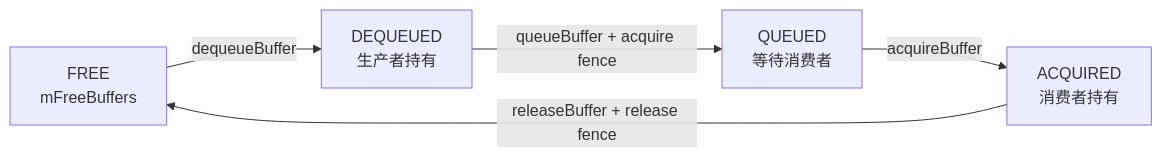
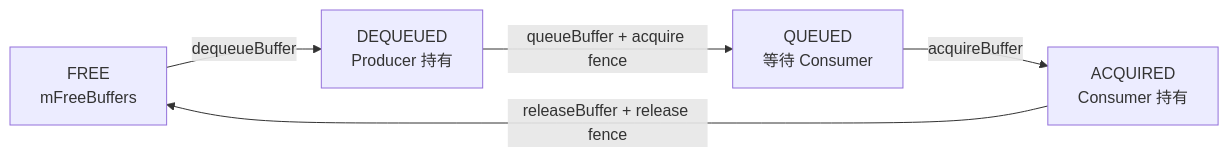
Before and after one commit to Gracker/android-internals-wiki: the second of 2 diagrams in src/part1-fundamentals/ch02-rendering/32-graphic-buffer-memory-pool.md, drawn with Mermaid. The commit also changed other lines of this file and 2 other files, not shown here.

````diff
--- a/src/part1-fundamentals/ch02-rendering/32-graphic-buffer-memory-pool.md
+++ b/src/part1-fundamentals/ch02-rendering/32-graphic-buffer-memory-pool.md
@@ -269,7 +269,7 @@
 ```mermaid
 flowchart LR
-    F["FREE<br/>mFreeBuffers"] -->|"dequeueBuffer"| D["DEQUEUED<br/>生产者持有"]
-    D -->|"queueBuffer + acquire fence"| Q["QUEUED<br/>等待消费者"]
-    Q -->|"acquireBuffer"| A["ACQUIRED<br/>消费者持有"]
+    F["FREE<br/>mFreeBuffers"] -->|"dequeueBuffer"| D["DEQUEUED<br/>Producer 持有"]
+    D -->|"queueBuffer + acquire fence"| Q["QUEUED<br/>等待 Consumer"]
+    Q -->|"acquireBuffer"| A["ACQUIRED<br/>Consumer 持有"]
     A -->|"releaseBuffer + release fence"| F
 ```
````
